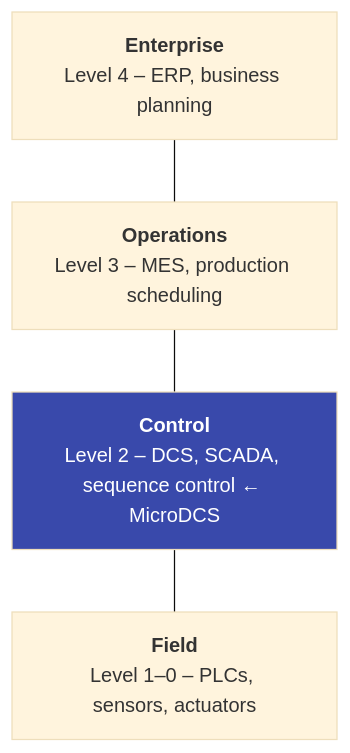
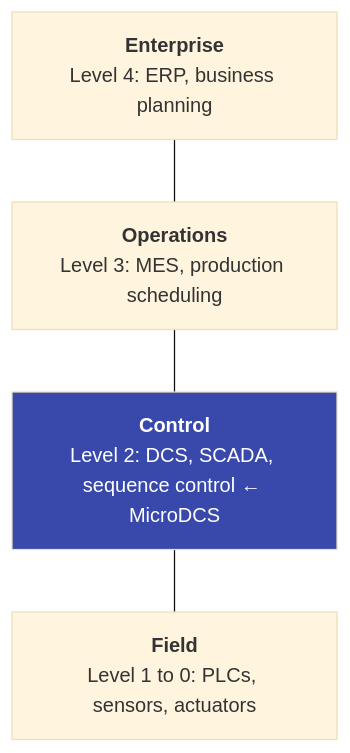
Before and after one commit to aschamberger/microdcs: the diagram in docs/concepts.md, drawn with Mermaid (base theme). The commit also changed other lines of this file and 42 other files, not shown here.

````diff
--- a/docs/concepts.md
+++ b/docs/concepts.md
@@ -16,11 +13,11 @@
 ```mermaid
 flowchart TB
-  enterprise["<b>Enterprise</b><br/>Level 4 – ERP, business planning"]
-  operations["<b>Operations</b><br/>Level 3 – MES, production scheduling"]
-  control["<b>Control</b><br/>Level 2 – DCS, SCADA, sequence control ← MicroDCS"]
-  field["<b>Field</b><br/>Level 1–0 – PLCs, sensors, actuators"]
+  enterprise["<b>Enterprise</b><br/>Level 4: ERP, business planning"]
+  operations["<b>Operations</b><br/>Level 3: MES, production scheduling"]
+  control["<b>Control</b><br/>Level 2: DCS, SCADA, sequence control ← MicroDCS"]
+  field["<b>Field</b><br/>Level 1 to 0: PLCs, sensors, actuators"]
 
   enterprise --- operations --- control --- field
 
   style control fill:#3949ab,color:#fff
 ```
````
